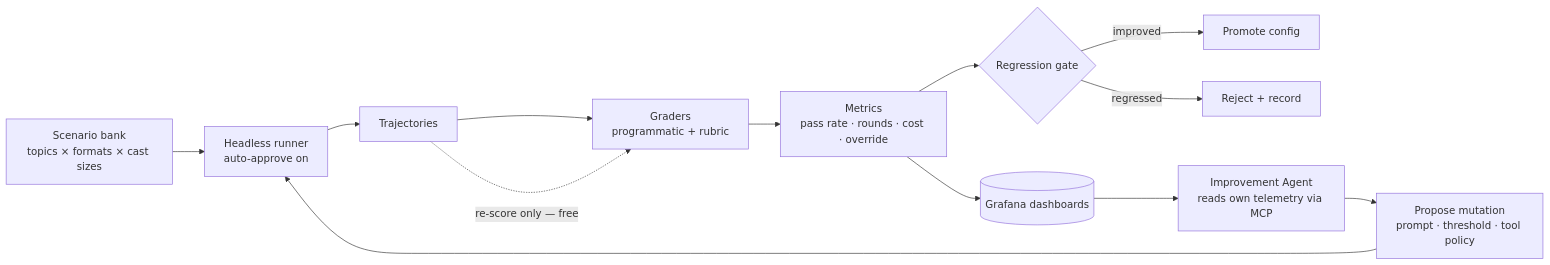
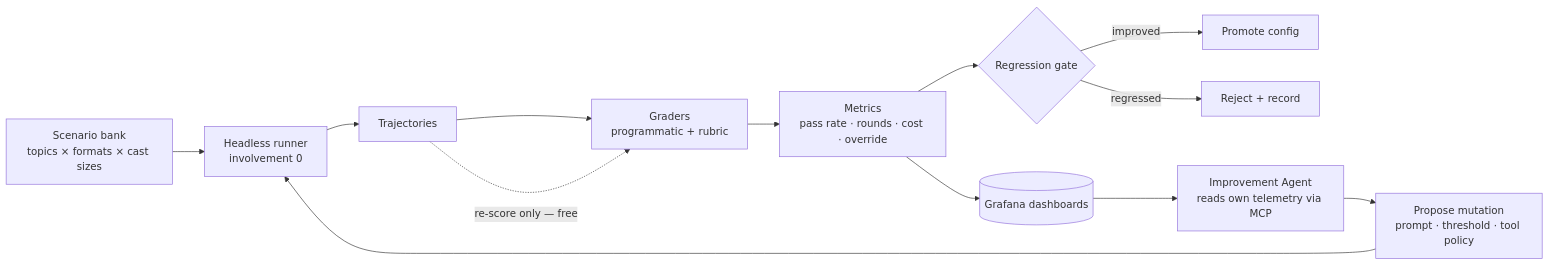
Before and after one commit to ypatodkar/real-agent: the fourth of 4 diagrams in ARCHITECTURE.md, drawn with Mermaid. The commit also changed other lines of this file, not shown here.

First line of the commit message:
Consolidate all design docs into one ARCHITECTURE.md

````diff
--- a/ARCHITECTURE.md
+++ b/ARCHITECTURE.md
@@ -324,15 +740,15 @@
 ```mermaid
 flowchart LR
-    SB["Scenario bank<br/>topics × formats × cast sizes"] --> RN["Headless runner<br/>auto-approve on"]
+    SB["Scenario bank<br/>topics × formats × cast sizes"] --> RN["Headless runner<br/>involvement 0"]
     RN --> TJ["Trajectories"]
     TJ --> GR["Graders<br/>programmatic + rubric"]
     TJ -. "re-score only — free" .-> GR
     GR --> MT["Metrics<br/>pass rate · rounds · cost · override"]
     MT --> RG{"Regression gate"}
     RG -- "improved" --> PR["Promote config"]
     RG -- "regressed" --> RJ["Reject + record"]
     MT --> DB[("Grafana dashboards")]
     DB --> IA["Improvement Agent<br/>reads own telemetry via MCP"]
     IA --> MU["Propose mutation<br/>prompt · threshold · tool policy"]
     MU --> RN
 ```
````
